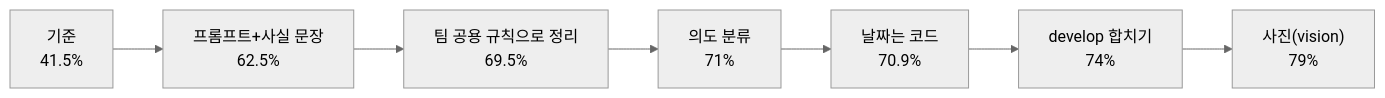
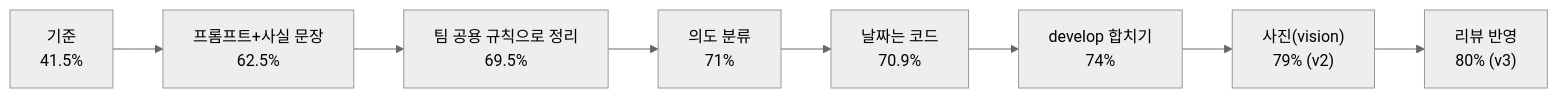
Before and after one commit to dole-guide-ai/dole-guide-ai: the second of 2 diagrams in docs/ai/minsoo/design.md, drawn with Mermaid (neutral theme). The commit also changed other lines of this file and 1 other file, not shown here.

````diff
--- a/docs/ai/minsoo/design.md
+++ b/docs/ai/minsoo/design.md
@@ -216,9 +230,10 @@
 ```mermaid
 flowchart LR
   A["기준<br/>41.5%"] --> B["프롬프트+사실 문장<br/>62.5%"]
   B --> C["팀 공용 규칙으로 정리<br/>69.5%"]
   C --> D["의도 분류<br/>71%"]
   D --> E["날짜는 코드<br/>70.9%"]
   E --> F["develop 합치기<br/>74%"]
-  F --> G["사진(vision)<br/>79%"]
+  F --> G["사진(vision)<br/>79% (v2)"]
+  G --> H["리뷰 반영<br/>80% (v3)"]
 ```
````
